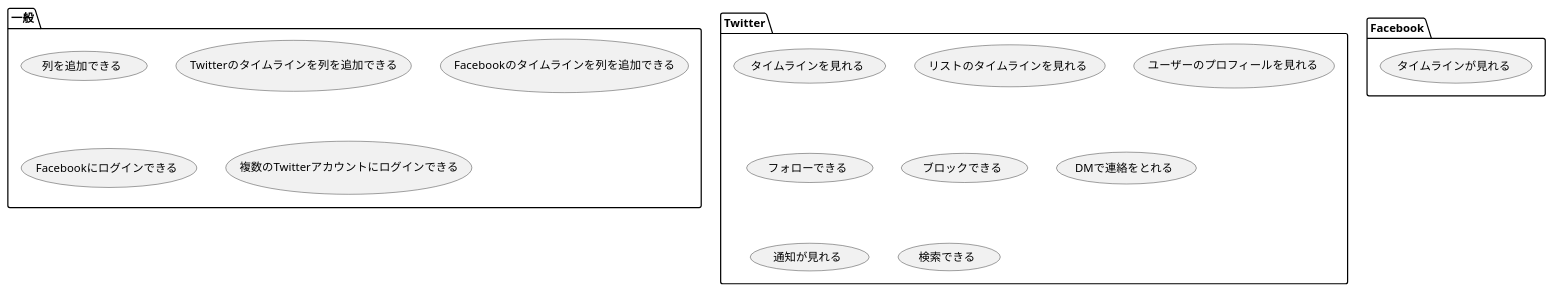
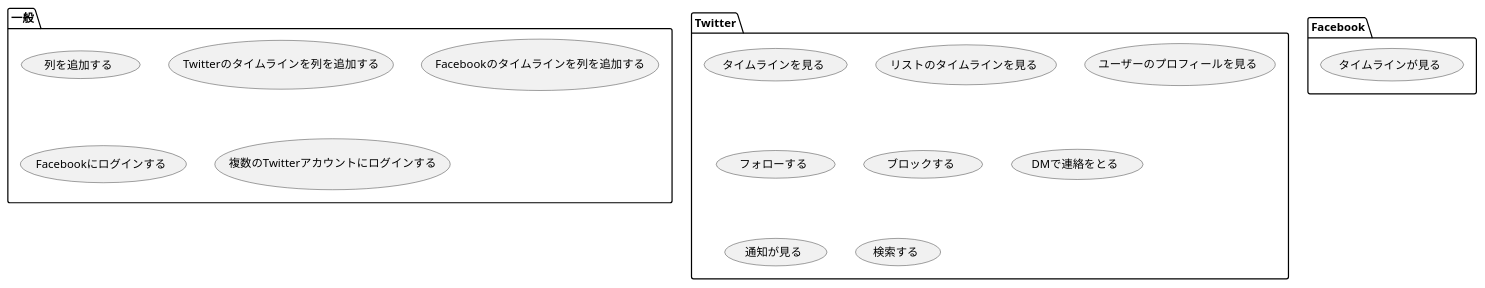
The diagram in doc/usecase-packages.pu (k42un0k0/k42un0k0snsdeck), drawn with PlantUML before and after one commit. The commit also changed 6 other files, not shown here.

```diff
--- a/doc/usecase-packages.pu
+++ b/doc/usecase-packages.pu
@@ -1,30 +1,30 @@
 @startuml	ユースケースパッケージ
 
 package 一般 {
-	(列を追加できる)
-	(Twitterのタイムラインを列を追加できる)
-	(Facebookのタイムラインを列を追加できる)
-	(Facebookにログインできる)
-	(複数のTwitterアカウントにログインできる)
+	(列を追加する)
+	(Twitterのタイムラインを列を追加する)
+	(Facebookのタイムラインを列を追加する)
+	(Facebookにログインする)
+	(複数のTwitterアカウントにログインする)
 }
 
 package Twitter {
-	(タイムラインを見れる)
-	(リストのタイムラインを見れる)
-	(ユーザーのプロフィールを見れる)
-	(フォローできる)
-	(ブロックできる)
-	(DMで連絡をとれる)
-	(通知が見れる)
-	(検索できる)
+	(タイムラインを見る)
+	(リストのタイムラインを見る)
+	(ユーザーのプロフィールを見る)
+	(フォローする)
+	(ブロックする)
+	(DMで連絡をとる)
+	(通知が見る)
+	(検索する)
 }
 
 package Facebook {
-	(タイムラインが見れる)
-	(通知が見れる)
-	(検索できる)
-	(ユーザーのプロフィールを見れる)
-	(フォローできる)
+	(タイムラインが見る)
+	(通知が見る)
+	(検索する)
+	(ユーザーのプロフィールを見る)
+	(フォローする)
 }
 
 @enduml
```
